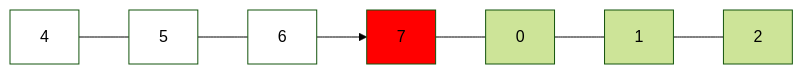
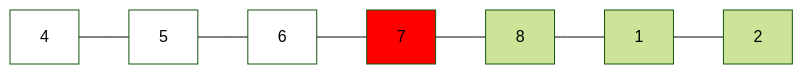
One commit to Hotshot824/Leetcode changed the first of 7 diagrams in Medium/33.Search_in_Rotated_Sorted_Array.md. Above: the diagram before and after it, drawn with Mermaid (forest theme). The commit also changed other lines of this file and 1 other file, not shown here.

````diff
--- a/Medium/33.Search_in_Rotated_Sorted_Array.md
+++ b/Medium/33.Search_in_Rotated_Sorted_Array.md
@@ -10,10 +11,10 @@
 ```mermaid
 graph LR
 classDef Mid fill:red
 classDef Seq fill:white
 
-    4 --- 5 --- 6 --> 7 --- 0 --- 1 --- 2
+    4 --- 5 --- 6 --- 7 --- 8 --- 1 --- 2
 
 class 7 Mid
 class 4,5,6 Seq
 ```
````
